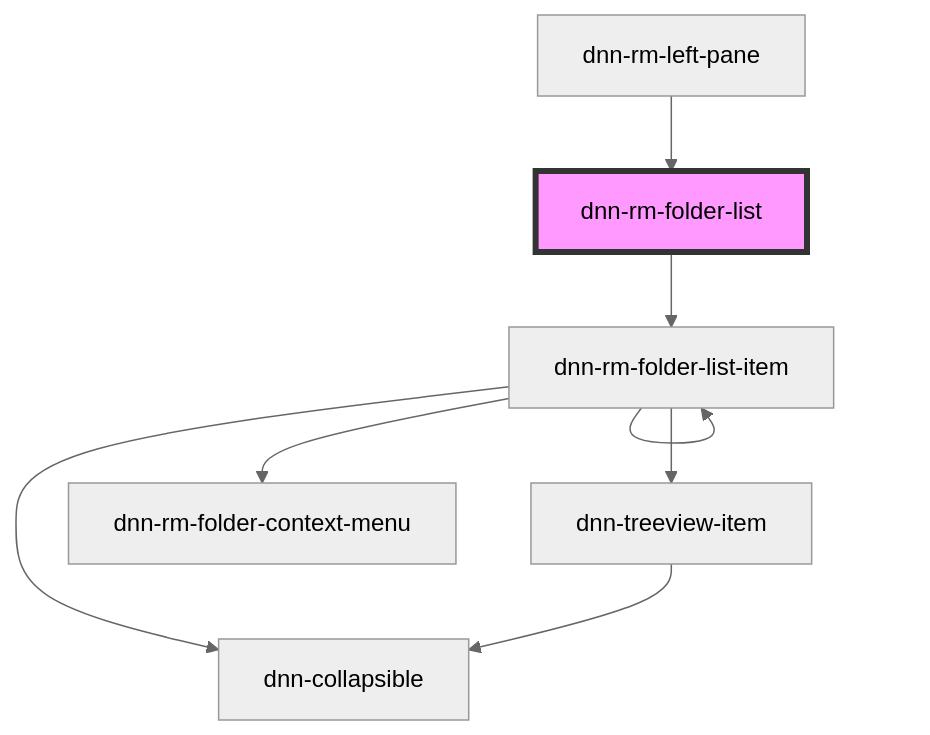
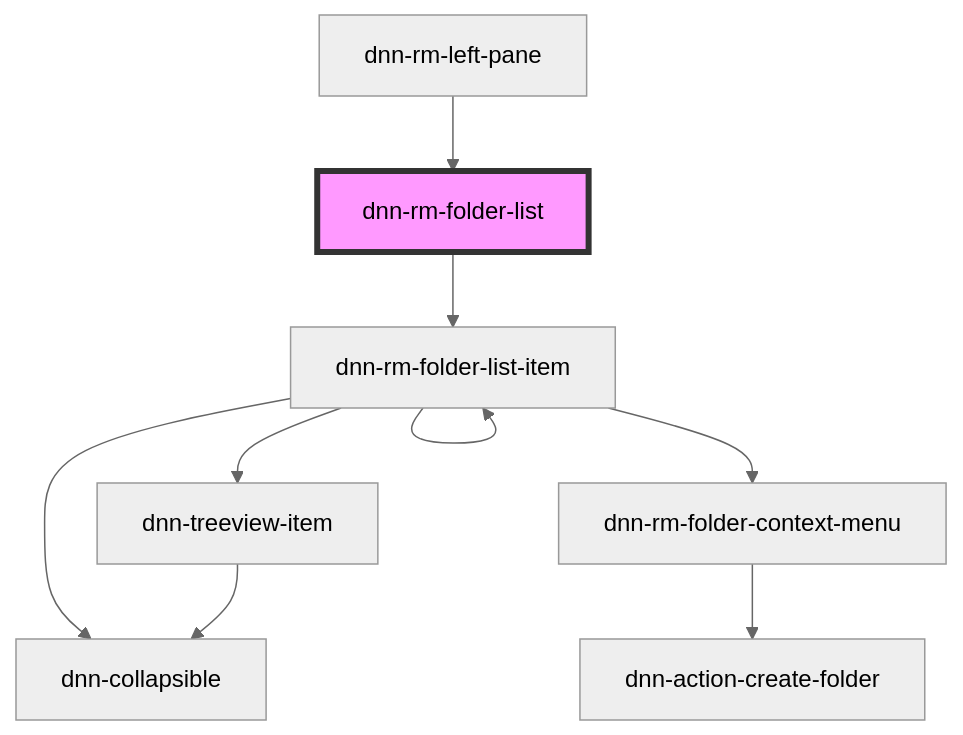
The diagram in DNN Platform/Modules/ResourceManager/ResourceManager.Web/src/components/dnn-rm-folder-list/readme.md (dnnsoftware/Dnn.Platform), drawn with Mermaid (neutral theme) before and after one commit. The commit also changed 19 other files, not shown here.

````diff
--- a/DNN Platform/Modules/ResourceManager/ResourceManager.Web/src/components/dnn-rm-folder-list/readme.md
+++ b/DNN Platform/Modules/ResourceManager/ResourceManager.Web/src/components/dnn-rm-folder-list/readme.md
@@ -19,11 +19,12 @@
 ```mermaid
 graph TD;
   dnn-rm-folder-list --> dnn-rm-folder-list-item
   dnn-rm-folder-list-item --> dnn-treeview-item
   dnn-rm-folder-list-item --> dnn-rm-folder-list-item
   dnn-rm-folder-list-item --> dnn-collapsible
   dnn-rm-folder-list-item --> dnn-rm-folder-context-menu
   dnn-treeview-item --> dnn-collapsible
+  dnn-rm-folder-context-menu --> dnn-action-create-folder
   dnn-rm-left-pane --> dnn-rm-folder-list
   style dnn-rm-folder-list fill:#f9f,stroke:#333,stroke-width:4px
 ```
````
